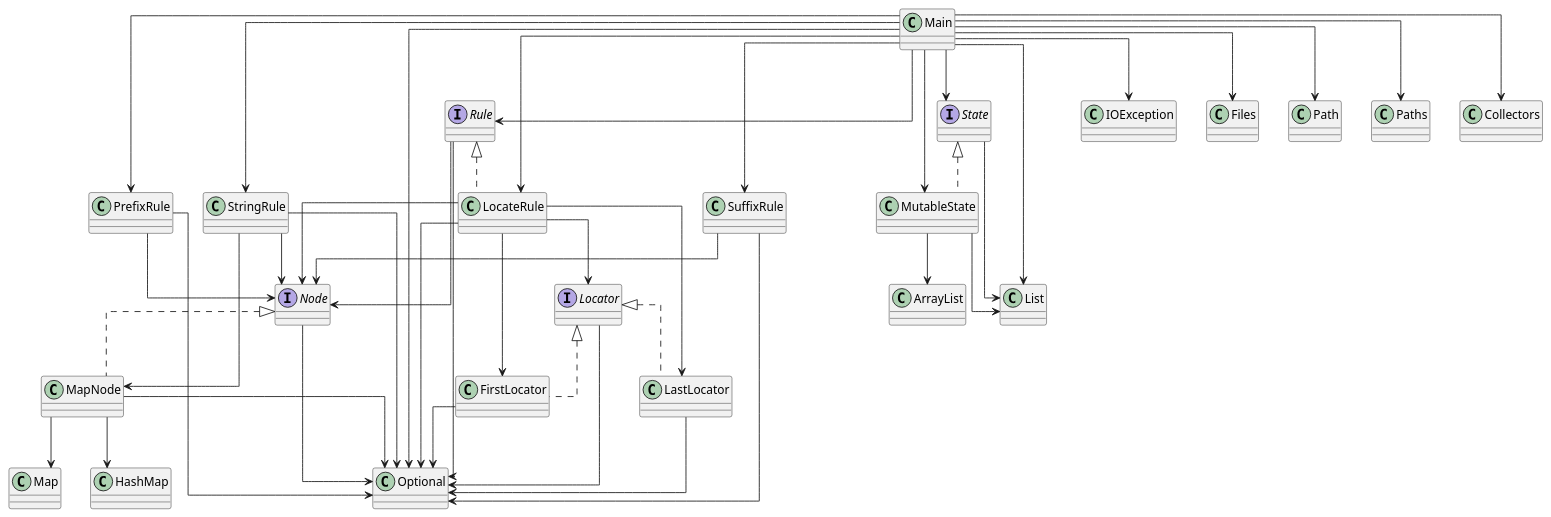
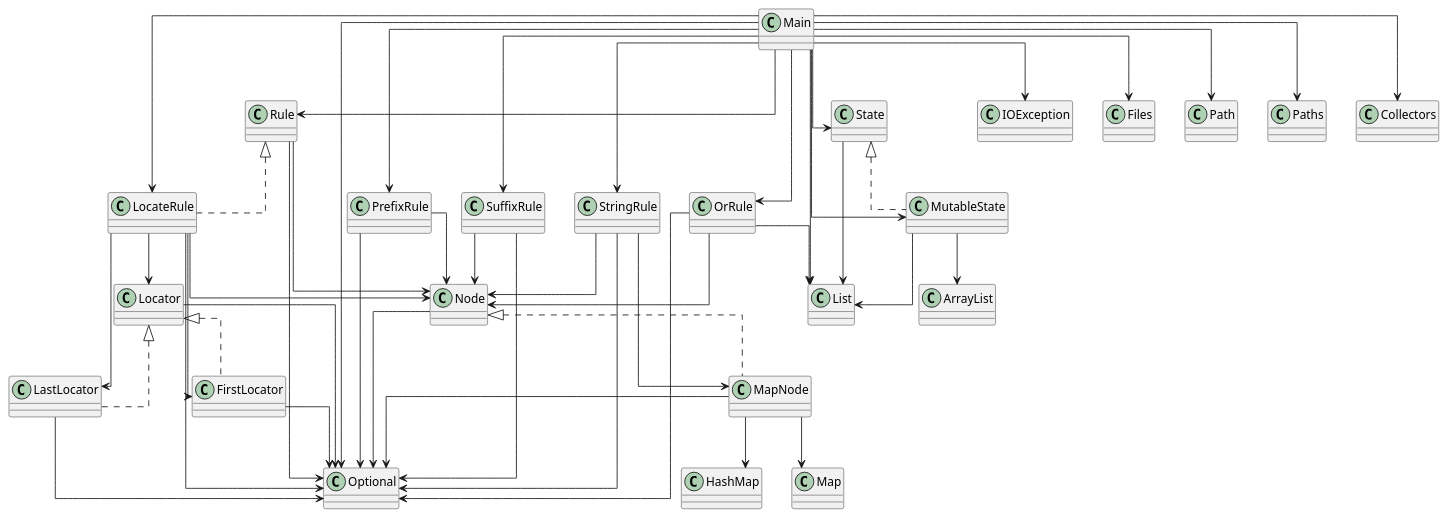
One commit to SirMathhman/Magma changed the diagram in diagram.puml. Above: the diagram before and after it, drawn with PlantUML. The commit also changed 2 other files, not shown here.

```diff
--- a/diagram.puml
+++ b/diagram.puml
@@ -1,51 +1,55 @@
 @startuml
 skinparam linetype ortho
 Node --> Optional
-interface Node
+class Node
 Rule --> Node
 Rule --> Optional
-interface Rule
+class Rule
 StringRule --> MapNode
 StringRule --> Node
 StringRule --> Optional
 Locator --> Optional
-interface Locator
+class Locator
 PrefixRule --> Node
 PrefixRule --> Optional
 FirstLocator --> Optional
 class FirstLocator implements Locator
+OrRule --> Node
+OrRule --> List
+OrRule --> Optional
 LocateRule --> FirstLocator
 LocateRule --> LastLocator
 LocateRule --> Locator
 LocateRule --> Node
 LocateRule --> Optional
 class LocateRule implements Rule
 MutableState --> ArrayList
 MutableState --> List
 class MutableState implements State
 Main --> LocateRule
 Main --> MutableState
+Main --> OrRule
 Main --> PrefixRule
 Main --> Rule
 Main --> State
 Main --> StringRule
 Main --> SuffixRule
 Main --> IOException
 Main --> Files
 Main --> Path
 Main --> Paths
 Main --> List
 Main --> Optional
 Main --> Collectors
 class Main
 MapNode --> HashMap
 MapNode --> Map
 MapNode --> Optional
 class MapNode implements Node
 SuffixRule --> Node
 SuffixRule --> Optional
 LastLocator --> Optional
 class LastLocator implements Locator
 State --> List
-interface State
+class State
 @enduml
```
